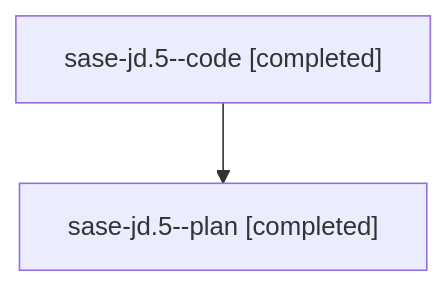
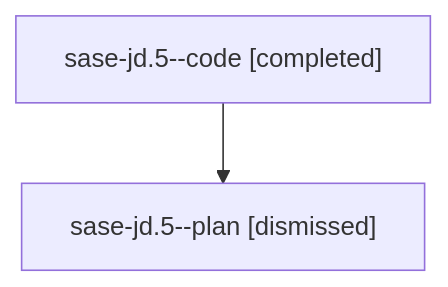
One commit to sase-org/sase--agents changed the diagram in families/bbugyi200.athena.sase-jd.5.md. Above: the diagram before and after it, drawn with Mermaid. The commit also changed other lines of this file and 1973 other files, not shown here.

````diff
--- a/families/bbugyi200.athena.sase-jd.5.md
+++ b/families/bbugyi200.athena.sase-jd.5.md
@@ -9,6 +9,6 @@
 ```mermaid
 flowchart TD
   n0["sase-jd.5--code [completed]"]
-  n1["sase-jd.5--plan [completed]"]
+  n1["sase-jd.5--plan [dismissed]"]
   n0 --> n1
 ```
````
